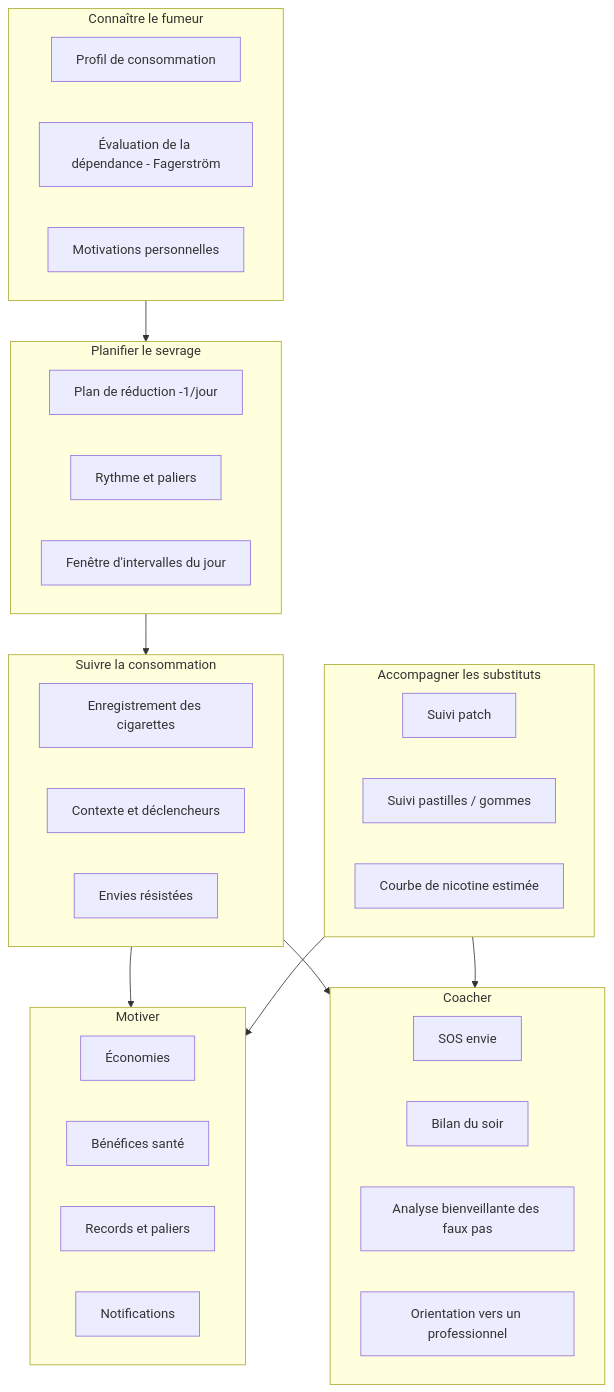
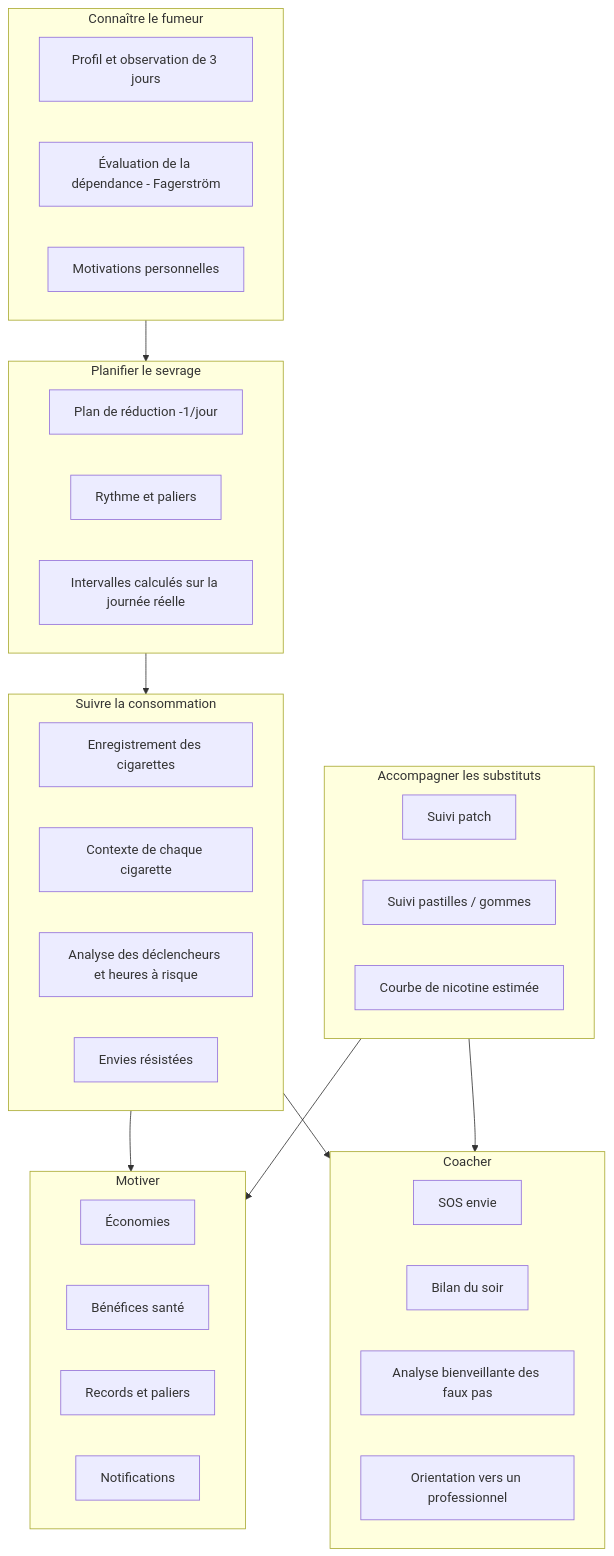
The first of 3 diagrams in docs/architecture/01-architecture-metier.md (zdmooc/declic-quit-coach), drawn with Mermaid before and after one commit. The commit also changed other lines of this file and 30 other files, not shown here.

````diff
--- a/docs/architecture/01-architecture-metier.md
+++ b/docs/architecture/01-architecture-metier.md
@@ -31,40 +31,41 @@
 ```mermaid
 flowchart TB
   subgraph C1[Connaître le fumeur]
-    C11[Profil de consommation]
+    C11[Profil et observation de 3 jours]
     C12[Évaluation de la dépendance - Fagerström]
     C13[Motivations personnelles]
   end
   subgraph C2[Planifier le sevrage]
     C21[Plan de réduction -1/jour]
     C22[Rythme et paliers]
-    C23[Fenêtre d'intervalles du jour]
+    C23[Intervalles calculés sur la journée réelle]
   end
   subgraph C3[Suivre la consommation]
     C31[Enregistrement des cigarettes]
-    C32[Contexte et déclencheurs]
+    C32[Contexte de chaque cigarette]
+    C34[Analyse des déclencheurs et heures à risque]
     C33[Envies résistées]
   end
   subgraph C4[Accompagner les substituts]
     C41[Suivi patch]
     C42[Suivi pastilles / gommes]
     C43[Courbe de nicotine estimée]
   end
   subgraph C5[Motiver]
     C51[Économies]
     C52[Bénéfices santé]
     C53[Records et paliers]
     C54[Notifications]
   end
   subgraph C6[Coacher]
     C61[SOS envie]
     C62[Bilan du soir]
     C63[Analyse bienveillante des faux pas]
     C64[Orientation vers un professionnel]
   end
   C1 --> C2 --> C3
   C3 --> C5
   C4 --> C5
   C3 --> C6
   C4 --> C6
 ```
````
